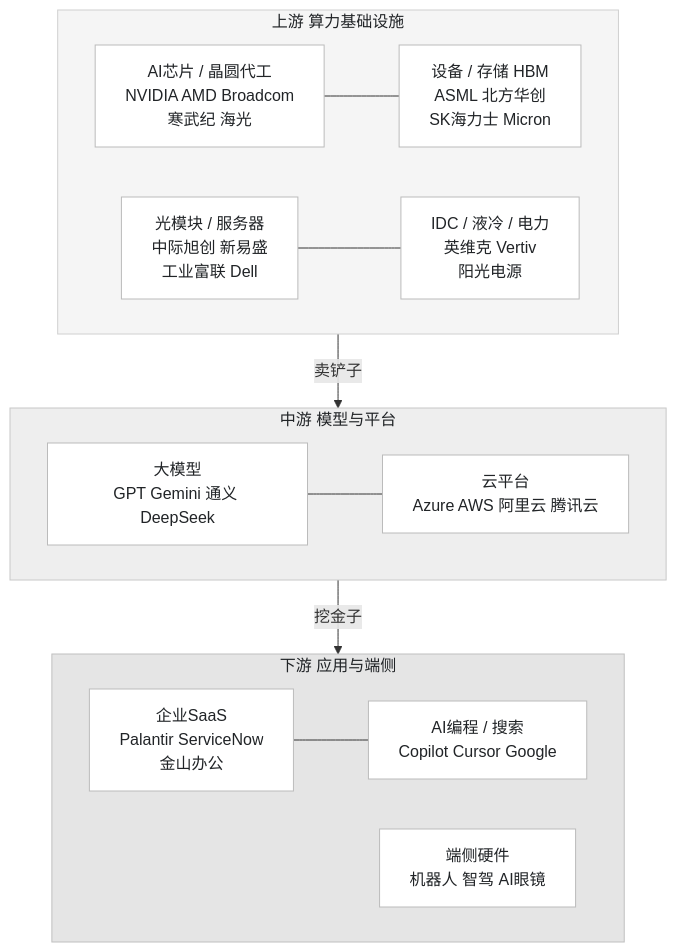
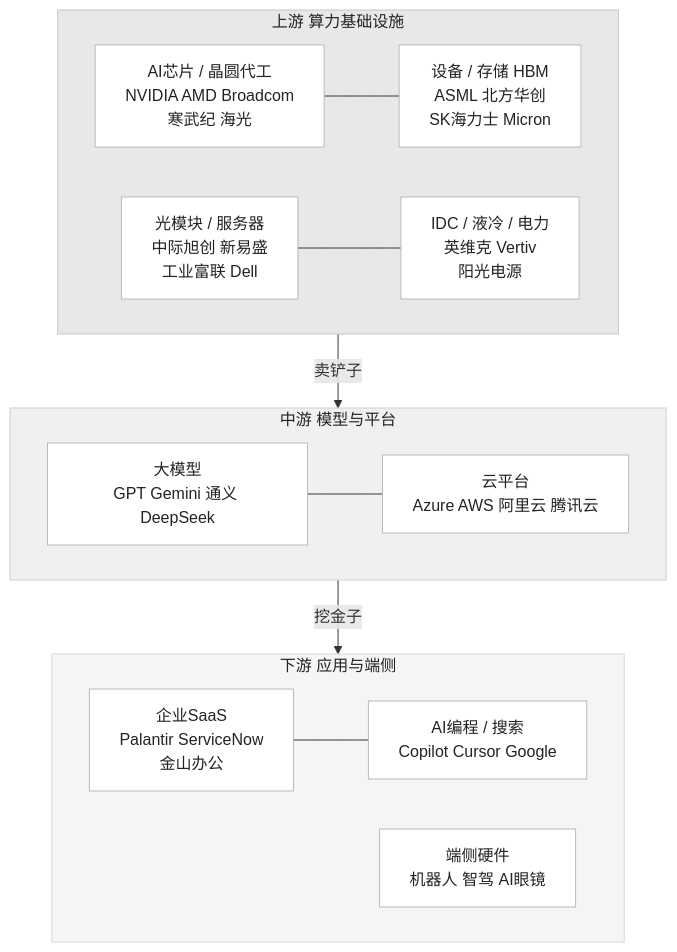
Before and after one commit to harveyzhang814/harveyz-skill: the first of 7 diagrams in skills/writing/mermaid-diagram/tests/bain-style-test.md, drawn with Mermaid. The commit also changed other lines of this file and 1 other file, not shown here.

Commit message:
fix(mermaid/bain): deepen subgraph fills for visibility (#E8-#F5)
#F5F5F5 was too close to white, subgraph background blended into page.
layer1→#E8E8E8, layer2→#F0F0F0, layer3→#F5F5F5: clearly visible
weak backgrounds with a gradient from prominent to subtle.

````diff
--- a/skills/writing/mermaid-diagram/tests/bain-style-test.md
+++ b/skills/writing/mermaid-diagram/tests/bain-style-test.md
@@ -10,32 +10,32 @@
 ```mermaid
 flowchart TD
     subgraph UP["上游 算力基础设施"]
         U1["AI芯片 / 晶圆代工<br/>NVIDIA AMD Broadcom<br/>寒武纪 海光"] --- U2["设备 / 存储 HBM<br/>ASML 北方华创<br/>SK海力士 Micron"]
         U3["光模块 / 服务器<br/>中际旭创 新易盛<br/>工业富联 Dell"]  --- U4["IDC / 液冷 / 电力<br/>英维克 Vertiv<br/>阳光电源"]
     end
 
     subgraph MID["中游 模型与平台"]
         M1["大模型<br/>GPT Gemini 通义 DeepSeek"] --- M2["云平台<br/>Azure AWS 阿里云 腾讯云"]
     end
 
     subgraph DOWN["下游 应用与端侧"]
         D1["企业SaaS<br/>Palantir ServiceNow<br/>金山办公"] --- D2["AI编程 / 搜索<br/>Copilot Cursor Google"]
         D3["端侧硬件<br/>机器人 智驾 AI眼镜"]
     end
 
     UP -->|"卖铲子"| MID
     MID -->|"挖金子"| DOWN
 
-    style UP   fill:#F5F5F5,color:#212427,stroke:#D0D0D0
-    style MID  fill:#EEEEEE,color:#212427,stroke:#C8C8C8
-    style DOWN fill:#E5E5E5,color:#212427,stroke:#BFBFBF
+    style UP   fill:#E8E8E8,color:#212427,stroke:#C8C8C8
+    style MID  fill:#F0F0F0,color:#212427,stroke:#D0D0D0
+    style DOWN fill:#F5F5F5,color:#212427,stroke:#D8D8D8
     style U1 fill:#FFFFFF,color:#212427,stroke:#BBBBBB
     style U2 fill:#FFFFFF,color:#212427,stroke:#BBBBBB
     style U3 fill:#FFFFFF,color:#212427,stroke:#BBBBBB
     style U4 fill:#FFFFFF,color:#212427,stroke:#BBBBBB
     style M1 fill:#FFFFFF,color:#212427,stroke:#BBBBBB
     style M2 fill:#FFFFFF,color:#212427,stroke:#BBBBBB
     style D1 fill:#FFFFFF,color:#212427,stroke:#BBBBBB
     style D2 fill:#FFFFFF,color:#212427,stroke:#BBBBBB
     style D3 fill:#FFFFFF,color:#212427,stroke:#BBBBBB
 ```
````
